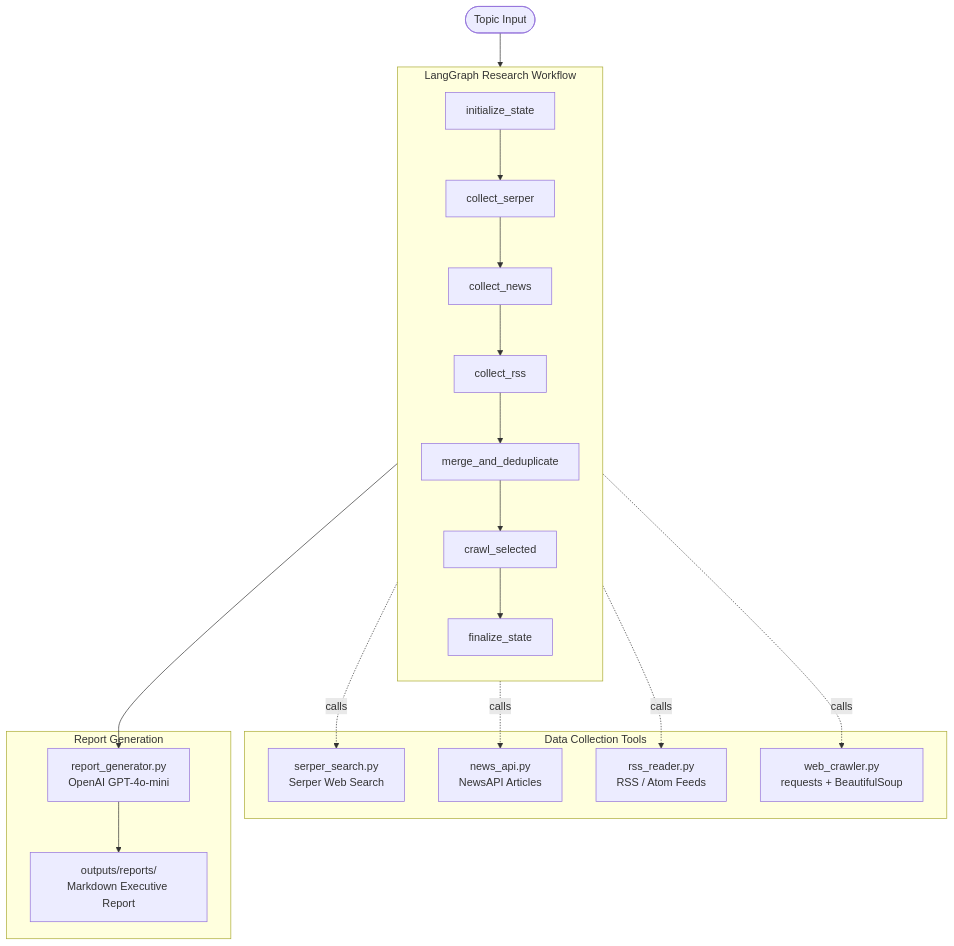
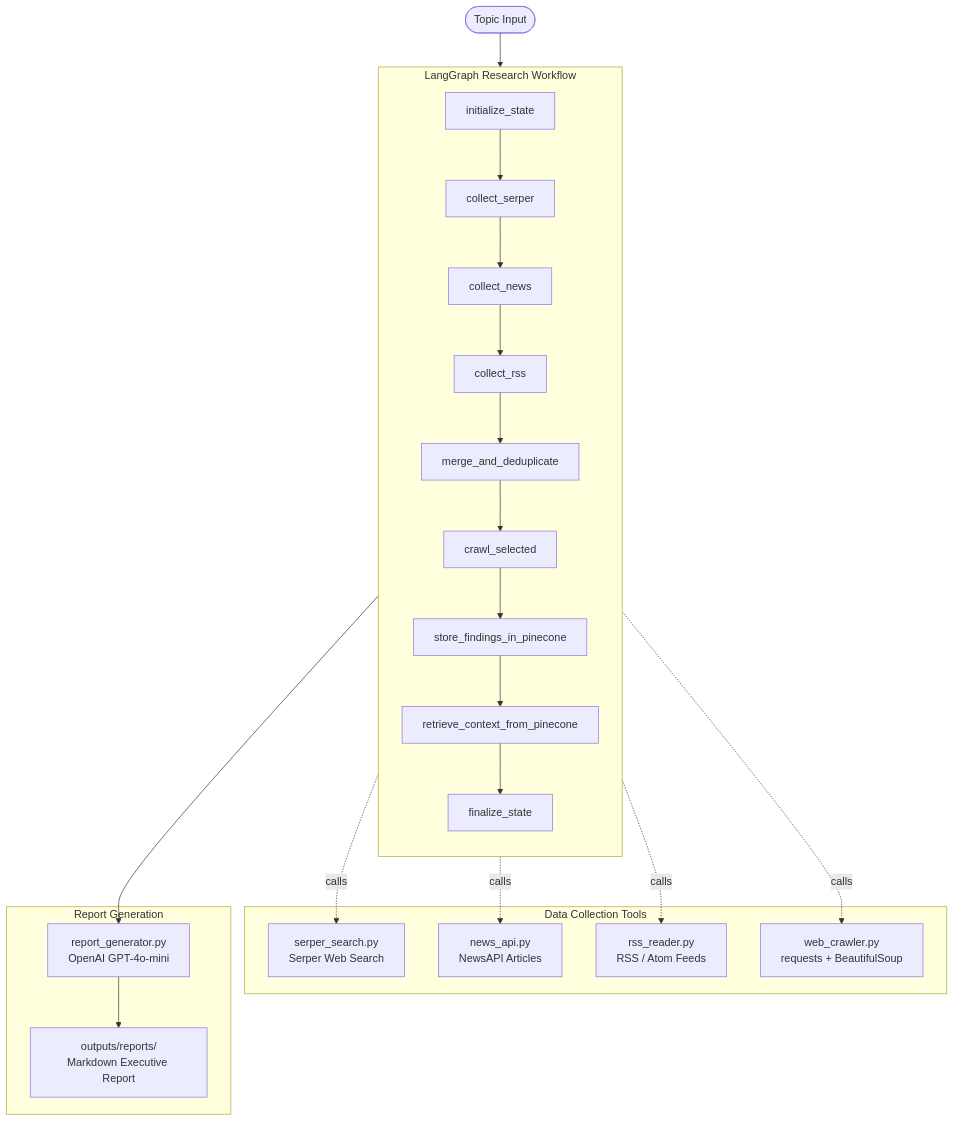
One commit to maxxeagleowl/HYMIND changed the diagram in README.md. Above: the diagram before and after it, drawn with Mermaid. The commit also changed other lines of this file and 18 other files, not shown here.

````diff
--- a/README.md
+++ b/README.md
@@ -34,33 +30,35 @@
 ```mermaid
 flowchart TD
     A([Topic Input]) --> WF
 
     subgraph WF["LangGraph Research Workflow"]
         direction TB
         N1[initialize_state] --> N2[collect_serper]
         N2 --> N3[collect_news]
         N3 --> N4[collect_rss]
         N4 --> N5[merge_and_deduplicate]
         N5 --> N6[crawl_selected]
-        N6 --> N7[finalize_state]
+        N6 --> N7[store_findings_in_pinecone]
+        N7 --> N8[retrieve_context_from_pinecone]
+        N8 --> N9[finalize_state]
     end
 
     subgraph Tools["Data Collection Tools"]
         T1[serper_search.py\nSerper Web Search]
         T2[news_api.py\nNewsAPI Articles]
         T3[rss_reader.py\nRSS / Atom Feeds]
         T4[web_crawler.py\nrequests + BeautifulSoup]
     end
 
     subgraph Report["Report Generation"]
         R1[report_generator.py\nOpenAI GPT-4o-mini]
         R2[outputs/reports/\nMarkdown Executive Report]
     end
 
     N2 -. calls .-> T1
     N3 -. calls .-> T2
     N4 -. calls .-> T3
     N6 -. calls .-> T4
     WF --> R1
     R1 --> R2
 ```
````
